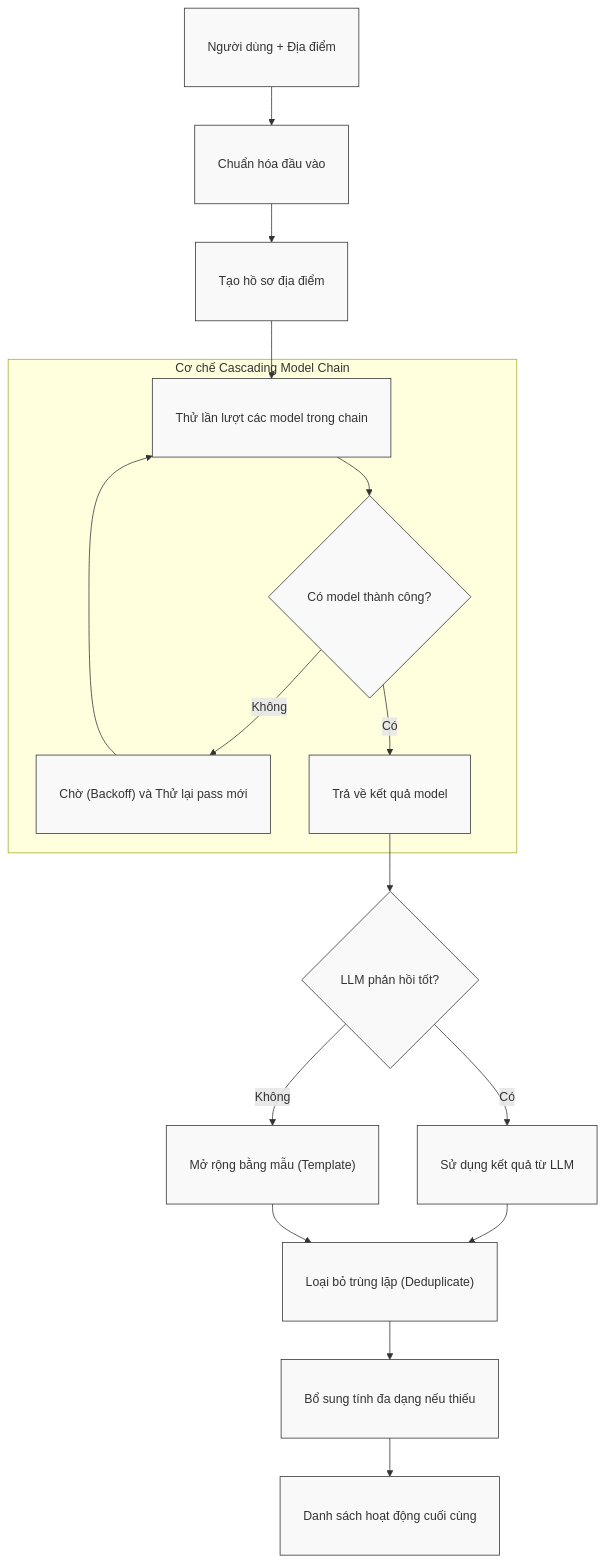
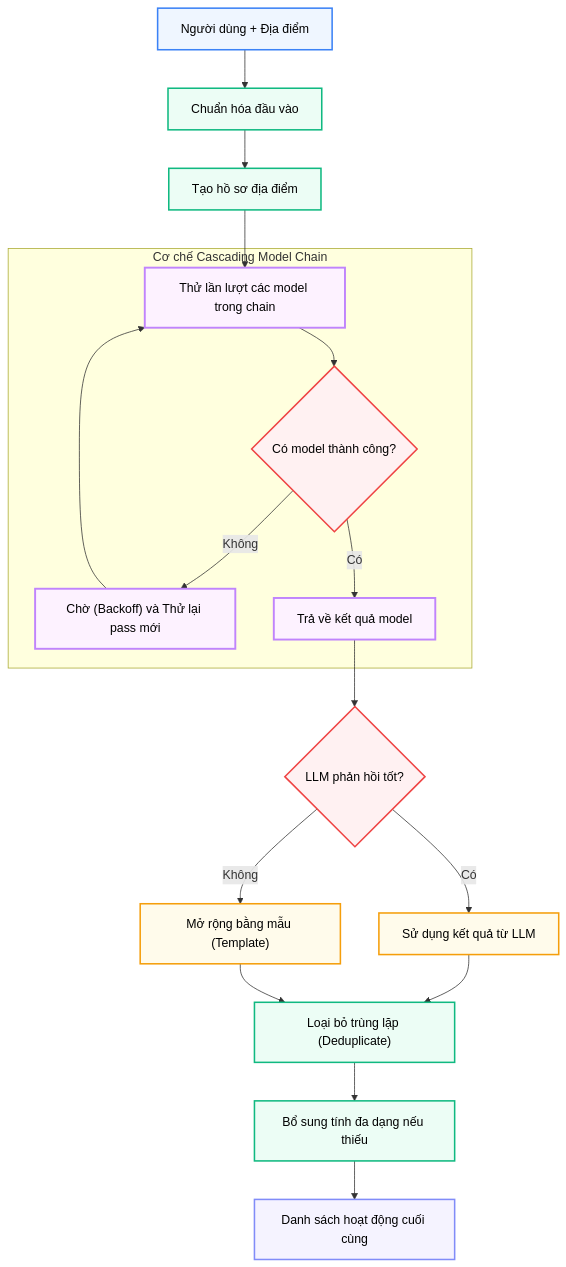
The diagram in docs/modules/n5_activity_generation.md (ltk6/travel-exp-planner), drawn with Mermaid before and after one commit. The commit also changed 70 other files, not shown here.

````diff
--- a/docs/modules/n5_activity_generation.md
+++ b/docs/modules/n5_activity_generation.md
@@ -124,29 +124,31 @@
 ```mermaid
----
-config:
-  flowchart:
-    useMaxWidth: false
----
+%%{init: {'flowchart': {'useMaxWidth': false}}}%%
 graph TD
-    classDef default fill:#f9f9f9,stroke:#333,stroke-width:1px,padding-left:10px,padding-right:10px,white-space:nowrap;
-    A["Người dùng + Địa điểm"] --> B["Chuẩn hóa đầu vào"]
-    B --> C["Tạo hồ sơ địa điểm"]
+    classDef client fill:#eff6ff,stroke:#3b82f6,stroke-width:2px,color:#000000;
+    classDef op fill:#ecfdf5,stroke:#10b981,stroke-width:2px,color:#000000;
+    classDef llm fill:#fdf2ff,stroke:#c084fc,stroke-width:2.5px,color:#000000;
+    classDef check fill:#fff1f2,stroke:#ef4444,stroke-width:2px,color:#000000;
+    classDef fallback fill:#fffbeb,stroke:#f59e0b,stroke-width:2px,color:#000000;
+    classDef out fill:#f5f3ff,stroke:#818cf8,stroke-width:2px,color:#000000;
+    
+    A["Người dùng + Địa điểm"]:::client --> B["Chuẩn hóa đầu vào"]:::op
+    B --> C["Tạo hồ sơ địa điểm"]:::op
     
     subgraph "Cơ chế Cascading Model Chain"
-        D1["Thử lần lượt các model trong chain"] --> D2{"Có model thành công?"}
-        D2 -- "Không" --> D3["Chờ (Backoff) và Thử lại pass mới"]
+        D1["Thử lần lượt các model trong chain"]:::llm --> D2{"Có model thành công?"}:::check
+        D2 -- "Không" --> D3["Chờ (Backoff) và Thử lại pass mới"]:::llm
         D3 --> D1
-        D4["Trả về kết quả model"]
+        D4["Trả về kết quả model"]:::llm
         D2 -- "Có" --> D4
     end
 
     C --> D1
-    D4 --> D{"LLM phản hồi tốt?"}
+    D4 --> D{"LLM phản hồi tốt?"}:::check
     
-    D -- "Có" --> E["Sử dụng kết quả từ LLM"]
-    D -- "Không" --> F["Mở rộng bằng mẫu (Template)"]
-    E --> G["Loại bỏ trùng lặp (Deduplicate)"]
+    D -- "Có" --> E["Sử dụng kết quả từ LLM"]:::fallback
+    D -- "Không" --> F["Mở rộng bằng mẫu (Template)"]:::fallback
+    E --> G["Loại bỏ trùng lặp (Deduplicate)"]:::op
     F --> G
-    G --> H["Bổ sung tính đa dạng nếu thiếu"]
-    H --> I["Danh sách hoạt động cuối cùng"]
+    G --> H["Bổ sung tính đa dạng nếu thiếu"]:::op
+    H --> I["Danh sách hoạt động cuối cùng"]:::out
 ```
````
